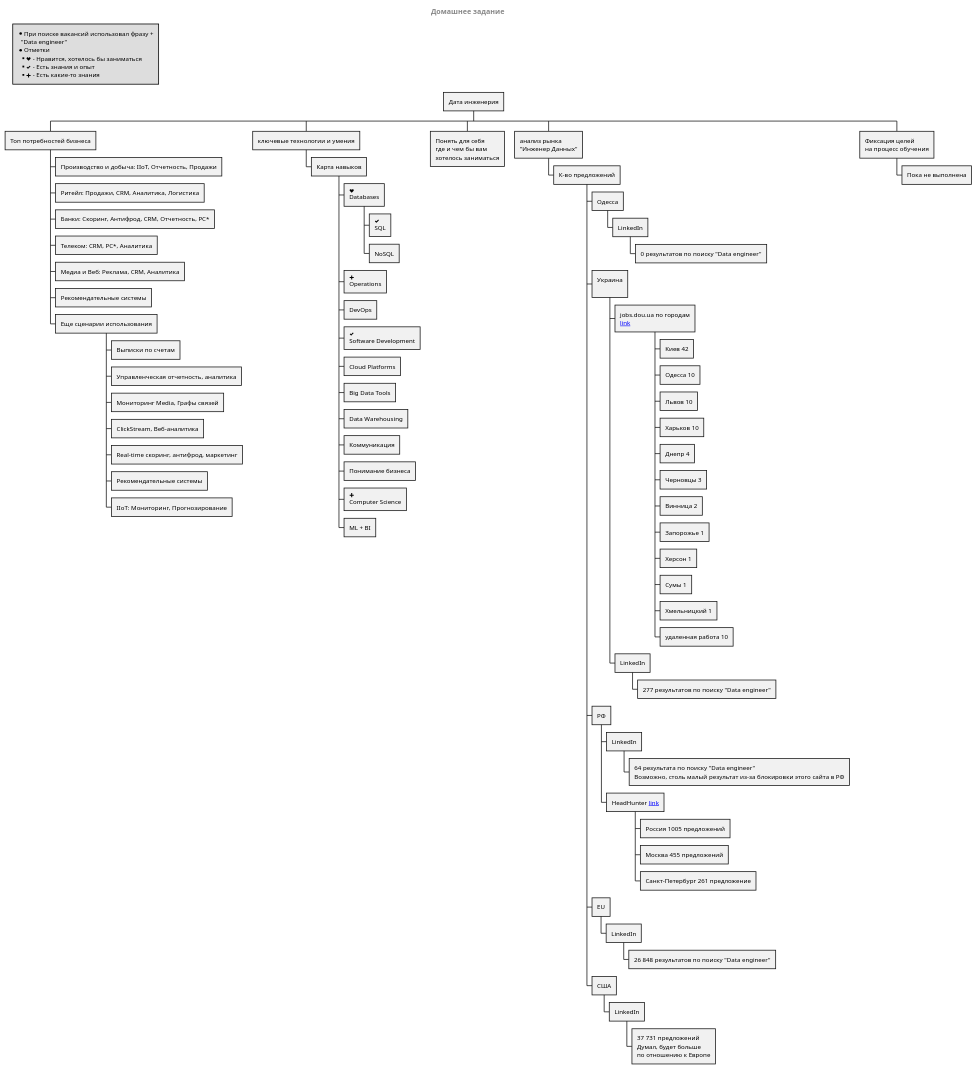
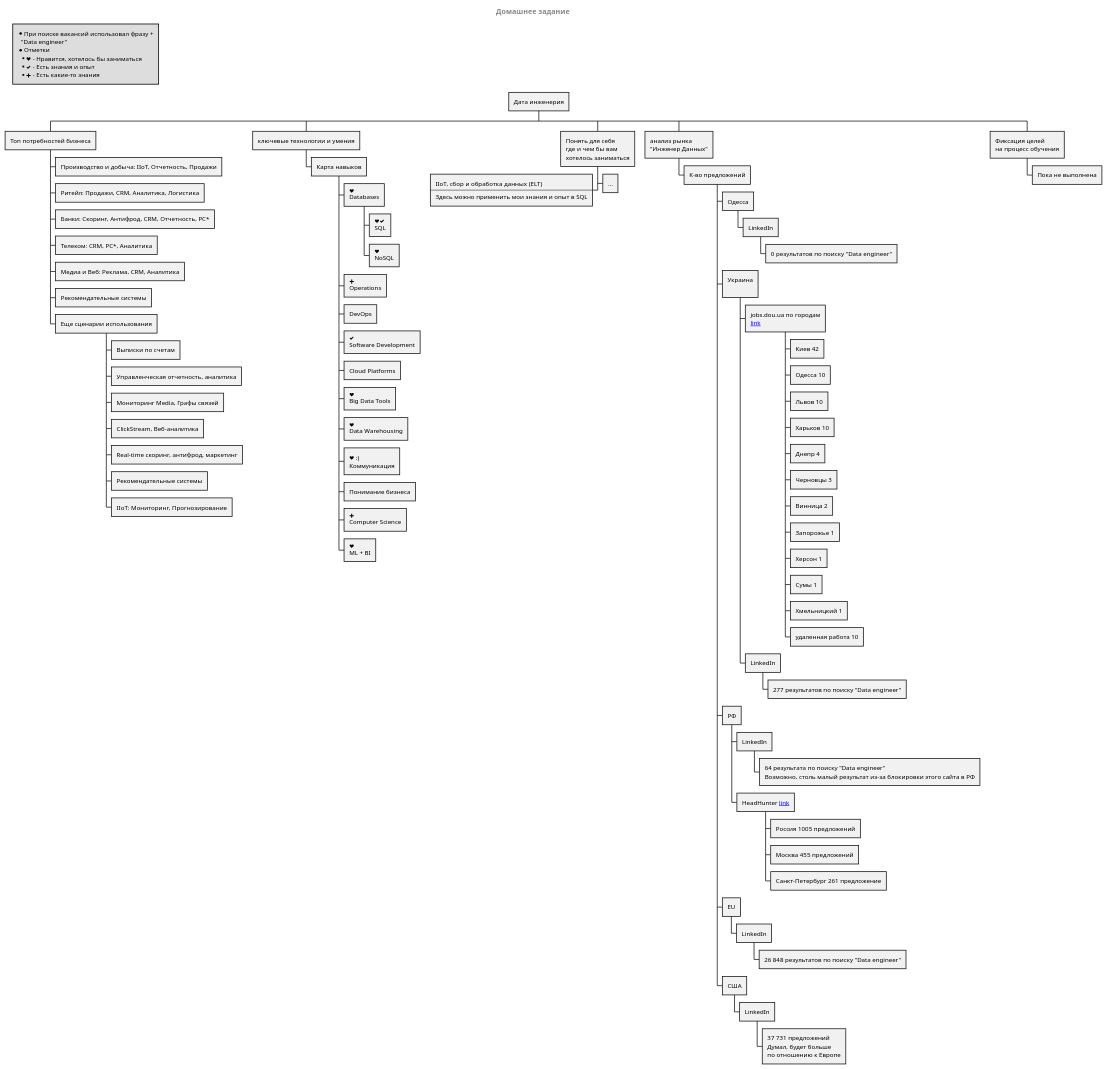
Before and after one commit to tol2000/dataengineerclub: the diagram in home_exercises/ex1/diagram1.puml, drawn with PlantUML.

Commit message:
Tolik's autocommit of directory dataengineerclub

```diff
--- a/home_exercises/ex1/diagram1.puml
+++ b/home_exercises/ex1/diagram1.puml
@@ -1,90 +1,92 @@
 @startwbs
 
 centerheader
 = Домашнее задание
 endheader
 
 legend top left
 * При поиске вакансий использовал фразу +
   "Data engineer"
 * Отметки
 ** <&heart> - Нравится, хотелось бы заниматься
 ** <&check> - Есть знания и опыт
 ** <&plus> - Есть какие-то знания
 endlegend
 
 * Дата инженерия
 
 ** Топ потребностей бизнеса
 *** Производство и добыча: IIoT, Отчетность, Продажи
 *** Ритейл: Продажи, CRM, Аналитика, Логистика
 *** Банки: Скоринг, Антифрод, CRM, Отчетность, РС*
 *** Телеком: CRM, РС*, Аналитика
 *** Медиа и Веб: Реклама, CRM, Аналитика
 *** Рекомендательные системы
 *** Еще сценарии использования
 **** Выписки по счетам
 **** Управленческая отчетность, аналитика
 **** Мониторинг Media, Графы связей
 **** ClickStream, Веб-аналитика
 **** Real-time скоринг, антифрод, маркетинг
 **** Рекомендательные системы
 **** IIoT: Мониторинг, Прогнозирование
 
 ** ключевые технологии и умения
 *** Карта навыков
 **** <&heart>\nDatabases
-***** <&check>\nSQL
-***** NoSQL
+***** <&heart><&check>\nSQL
+***** <&heart>\nNoSQL
 **** <&plus>\nOperations
 **** DevOps
 **** <&check>\nSoftware Development
 **** Cloud Platforms
-**** Big Data Tools
-**** Data Warehousing
-**** Коммуникация
+**** <&heart>\nBig Data Tools
+**** <&heart>\nData Warehousing
+**** <&heart> :)\nКоммуникация
 **** Понимание бизнеса
 **** <&plus>\nComputer Science
-**** ML + BI
+**** <&heart>\nML + BI
 
 ** Понять для себя\nгде и чем бы вам\nхотелось заниматься
+***< IIoT, сбор и обработка данных (ELT)\n----\nЗдесь можно применить мои знания и опыт в SQL
+***> ...
 
 ** анализ рынка\n"Инженер Данных"
 *** К-во предложений
 **** Одесса
 ***** LinkedIn
 ****** 0 результатов по поиску "Data engineer"
 **** Украина\n
 ***** jobs.dou.ua по городам\n[[link:https://jobs.dou.ua/vacancies/?category=Data+Science&search=Data+engineer&descr=1 link]]
 ****** Киев 42
 ****** Одесса 10
 ****** Львов 10
 ****** Харьков 10
 ****** Днепр 4
 ****** Черновцы 3
 ****** Винница 2
 ****** Запорожье 1
 ****** Херсон 1
 ****** Сумы 1
 ****** Хмельницкий 1
 ****** удаленная работа 10
 ***** LinkedIn
 ****** 277 результатов по поиску "Data engineer"
 **** РФ
 ***** LinkedIn
 ******  64 результата по поиску "Data engineer"\nВозможно, столь малый результат из-за блокировки этого сайта в РФ
 ***** HeadHunter [[https://hh.ru/search/vacancy?area=1&st=searchVacancy&text=Data+engineer link]]
 ****** Россия 1005 предложений
 ****** Москва 455 предложений
 ****** Санкт-Петербург 261 предложение
 **** EU
 ***** LinkedIn
 ****** 26 848 результатов по поиску "Data engineer"
 **** США
 ***** LinkedIn
 ****** 37 731 предложений\nДумал, будет больше\nпо отношению к Европе
 
 ** Фиксация целей\nна процесс обучения
 *** Пока не выполнена
 
 @endwbs
```
